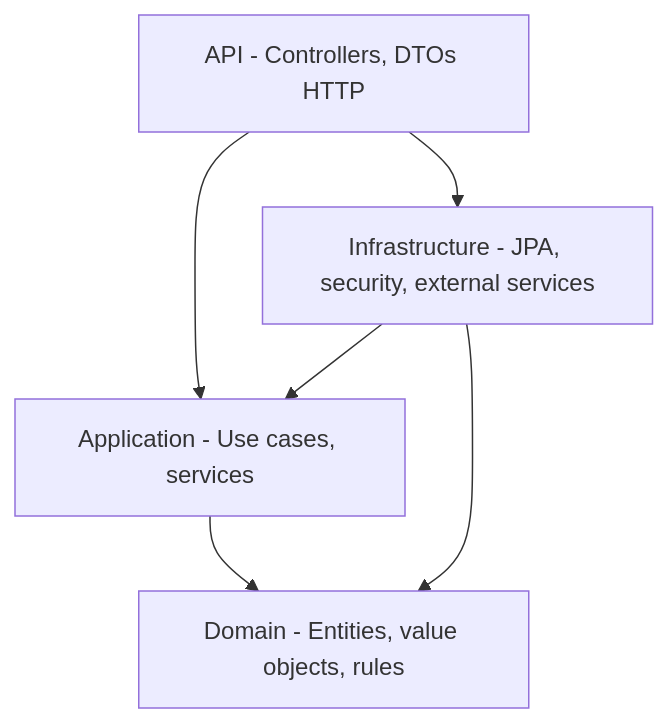
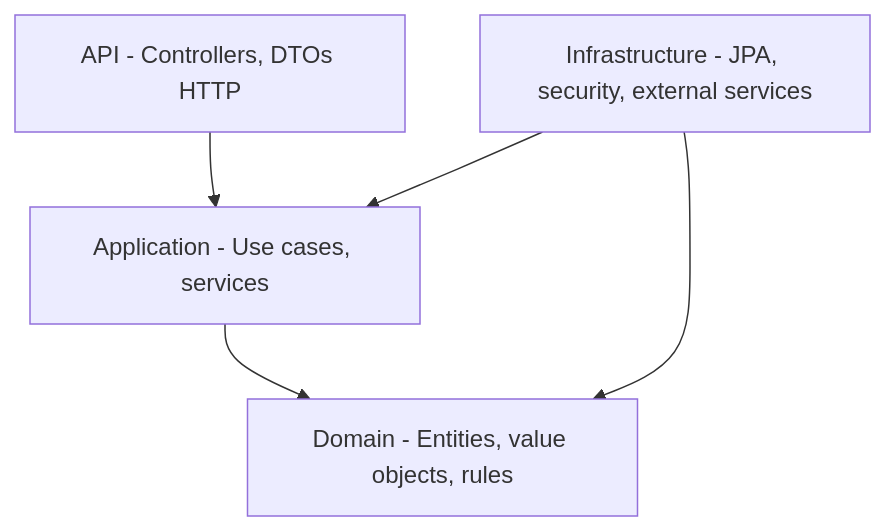
The second of 2 diagrams in ARCHITECTURE.md (Facu1903/koda-platform), drawn with Mermaid before and after one commit. The commit also changed other lines of this file and 18 other files, not shown here.

Commit message:
test(hardening): enforce sprint 1 architecture rules

````diff
--- a/ARCHITECTURE.md
+++ b/ARCHITECTURE.md
@@ -285,8 +295,7 @@
 ```mermaid
 flowchart TD
   API["API - Controllers, DTOs HTTP"] --> APP["Application - Use cases, services"]
   APP --> DOMAIN["Domain - Entities, value objects, rules"]
   INFRA["Infrastructure - JPA, security, external services"] --> APP
   INFRA --> DOMAIN
-  API --> INFRA
 ```
````
